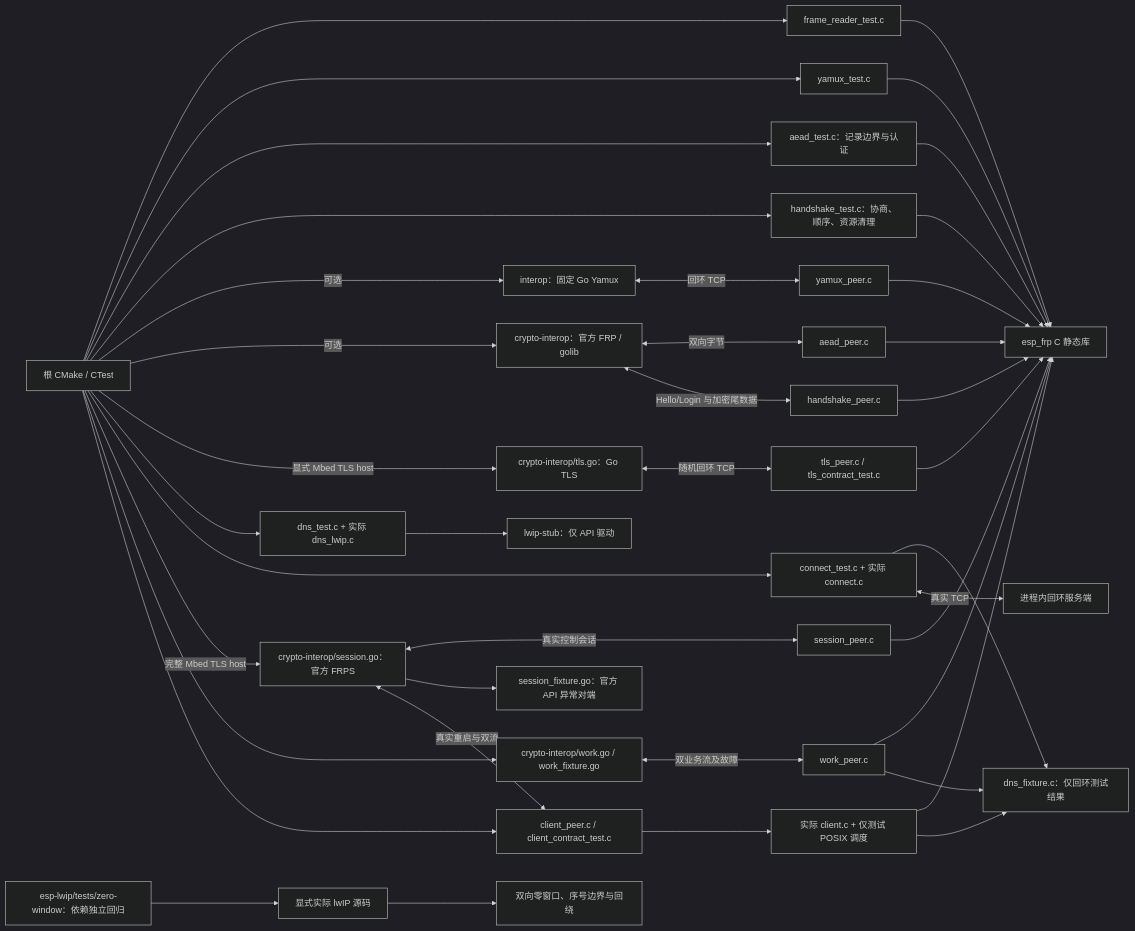
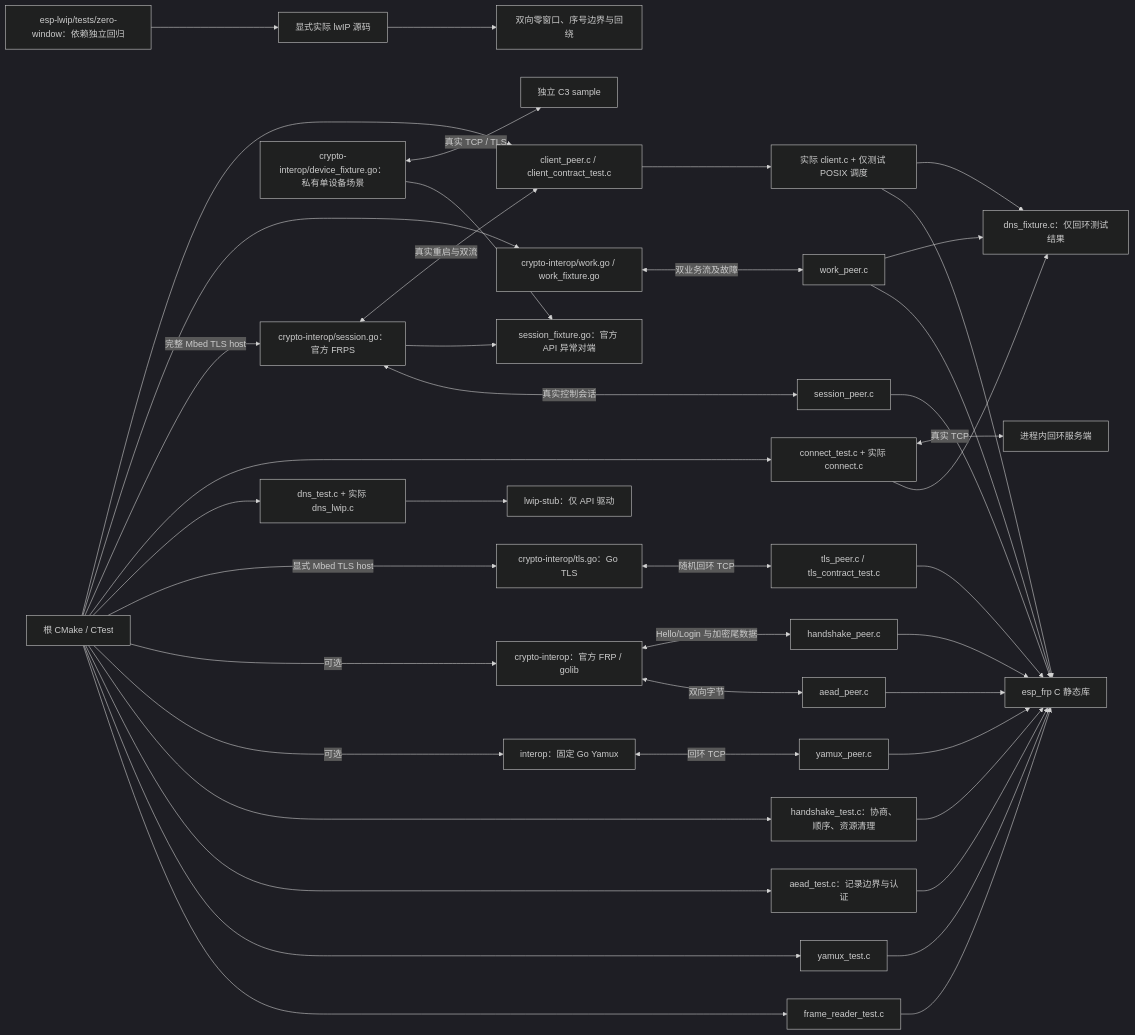
One commit to darren-you/esp-frp changed the diagram in tests/README.md. Above: the diagram before and after it, drawn with Mermaid (dark theme). The commit also changed other lines of this file and 13 other files, not shown here.

````diff
--- a/tests/README.md
+++ b/tests/README.md
@@ -5,42 +5,44 @@
 ```mermaid
 flowchart LR
     cmake["根 CMake / CTest"] --> wire["frame_reader_test.c"]
     cmake --> mux["yamux_test.c"]
     cmake --> aead["aead_test.c：记录边界与认证"]
     cmake --> handshake["handshake_test.c：协商、顺序、资源清理"]
     wire --> lib["esp_frp C 静态库"]
     mux --> lib
     aead --> lib
     handshake --> lib
     cmake -->|"可选"| upstream["interop：固定 Go Yamux"]
     upstream <-->|"回环 TCP"| peer["yamux_peer.c"]
     peer --> lib
     cmake -->|"可选"| crypto["crypto-interop：官方 FRP / golib"]
     crypto <-->|"双向字节"| cp["aead_peer.c"]
     cp --> lib
     crypto <-->|"Hello/Login 与加密尾数据"| hp["handshake_peer.c"]
     hp --> lib
     cmake -->|"显式 Mbed TLS host"| tls["crypto-interop/tls.go：Go TLS"]
     tls <-->|"随机回环 TCP"| tp["tls_peer.c / tls_contract_test.c"]
     tp --> lib
     cmake --> dns["dns_test.c + 实际 dns_lwip.c"]
     dns --> stub["lwip-stub：仅 API 驱动"]
     cmake --> tcp["connect_test.c + 实际 connect.c"]
     tcp --> fixture["dns_fixture.c：仅回环测试结果"]
     tcp <-->|"真实 TCP"| socket["进程内回环服务端"]
     cmake -->|"完整 Mbed TLS host"| session["crypto-interop/session.go：官方 FRPS"]
     session <-->|"真实控制会话"| sp["session_peer.c"]
     sp --> lib
     session --> faults["session_fixture.go：官方 API 异常对端"]
+    device["crypto-interop/device_fixture.go：私有单设备场景"] --> faults
+    device <-->|"真实 TCP / TLS"| board["独立 C3 sample"]
     cmake --> work["crypto-interop/work.go / work_fixture.go"]
     work <-->|"双业务流及故障"| wp["work_peer.c"]
     wp --> lib
     wp --> fixture
     cmake --> client["client_peer.c / client_contract_test.c"]
     client --> worker["实际 client.c + 仅测试 POSIX 调度"]
     worker --> lib
     worker --> fixture
     session <-->|"真实重启与双流"| client
     dependency["esp-lwip/tests/zero-window：依赖独立回归"] --> sdk["显式实际 lwIP 源码"]
     sdk --> zero["双向零窗口、序号边界与回绕"]
 ```
````
